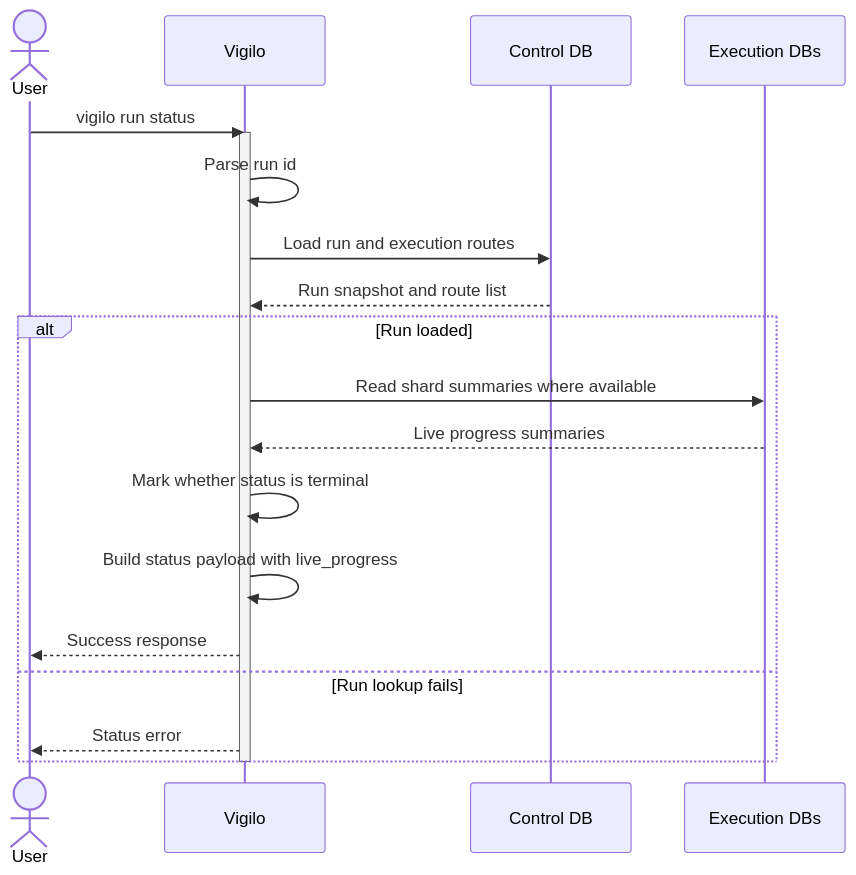
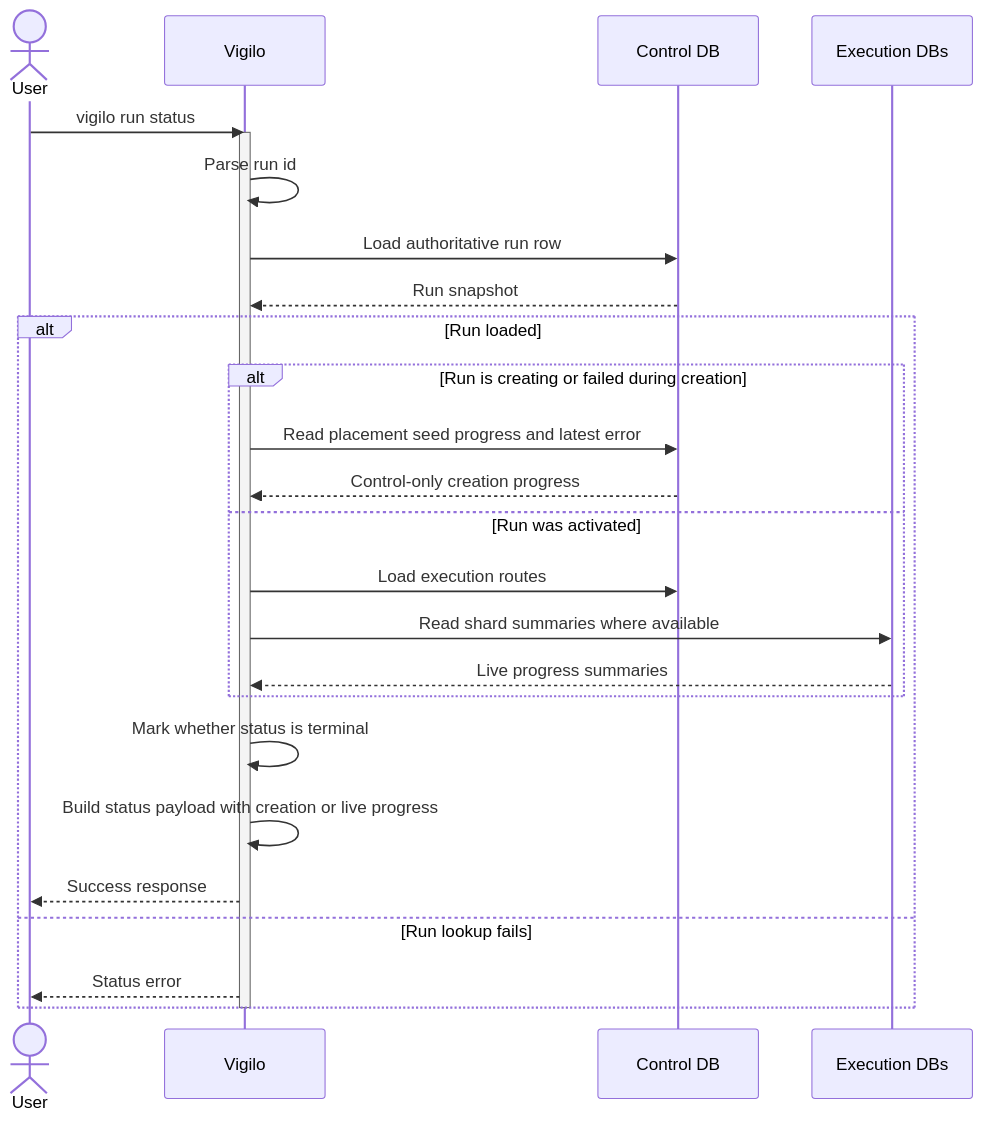
The diagram in web/docs/architecture/flows/run/status/execution-flow.mmd (gregl83/agent-vigilo), drawn with Mermaid before and after one commit. The commit also changed 25 other files, not shown here.

Commit message:
update docs workflows for run creation step

```diff
--- a/web/docs/architecture/flows/run/status/execution-flow.mmd
+++ b/web/docs/architecture/flows/run/status/execution-flow.mmd
@@ -1,30 +1,36 @@
 ---
 config:
   flowchart:
     nodeSpacing: 150
     rankSpacing: 80
   themeVariables:
     edgeLabelBackground: 'transparent'
 ---
 sequenceDiagram
     actor User
     participant Vigilo
     participant ControlDB as Control DB
     participant ExecDB as Execution DBs
 
     User->>Vigilo: vigilo run status
     activate Vigilo
     Vigilo->>Vigilo: Parse run id
-    Vigilo->>ControlDB: Load run and execution routes
-    ControlDB-->>Vigilo: Run snapshot and route list
+    Vigilo->>ControlDB: Load authoritative run row
+    ControlDB-->>Vigilo: Run snapshot
 
     alt Run loaded
-        Vigilo->>ExecDB: Read shard summaries where available
-        ExecDB-->>Vigilo: Live progress summaries
+        alt Run is creating or failed during creation
+            Vigilo->>ControlDB: Read placement seed progress and latest error
+            ControlDB-->>Vigilo: Control-only creation progress
+        else Run was activated
+            Vigilo->>ControlDB: Load execution routes
+            Vigilo->>ExecDB: Read shard summaries where available
+            ExecDB-->>Vigilo: Live progress summaries
+        end
         Vigilo->>Vigilo: Mark whether status is terminal
-        Vigilo->>Vigilo: Build status payload with live_progress
+        Vigilo->>Vigilo: Build status payload with creation or live progress
         Vigilo-->>User: Success response
     else Run lookup fails
         Vigilo-->>User: Status error
     end
     deactivate Vigilo
```
